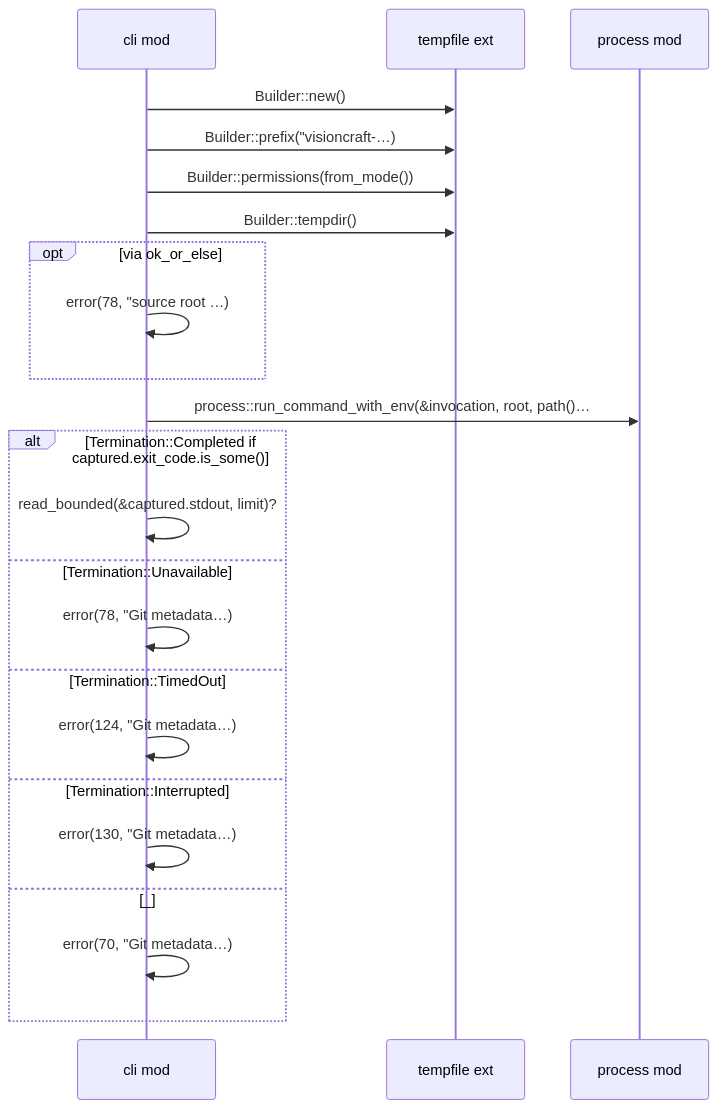
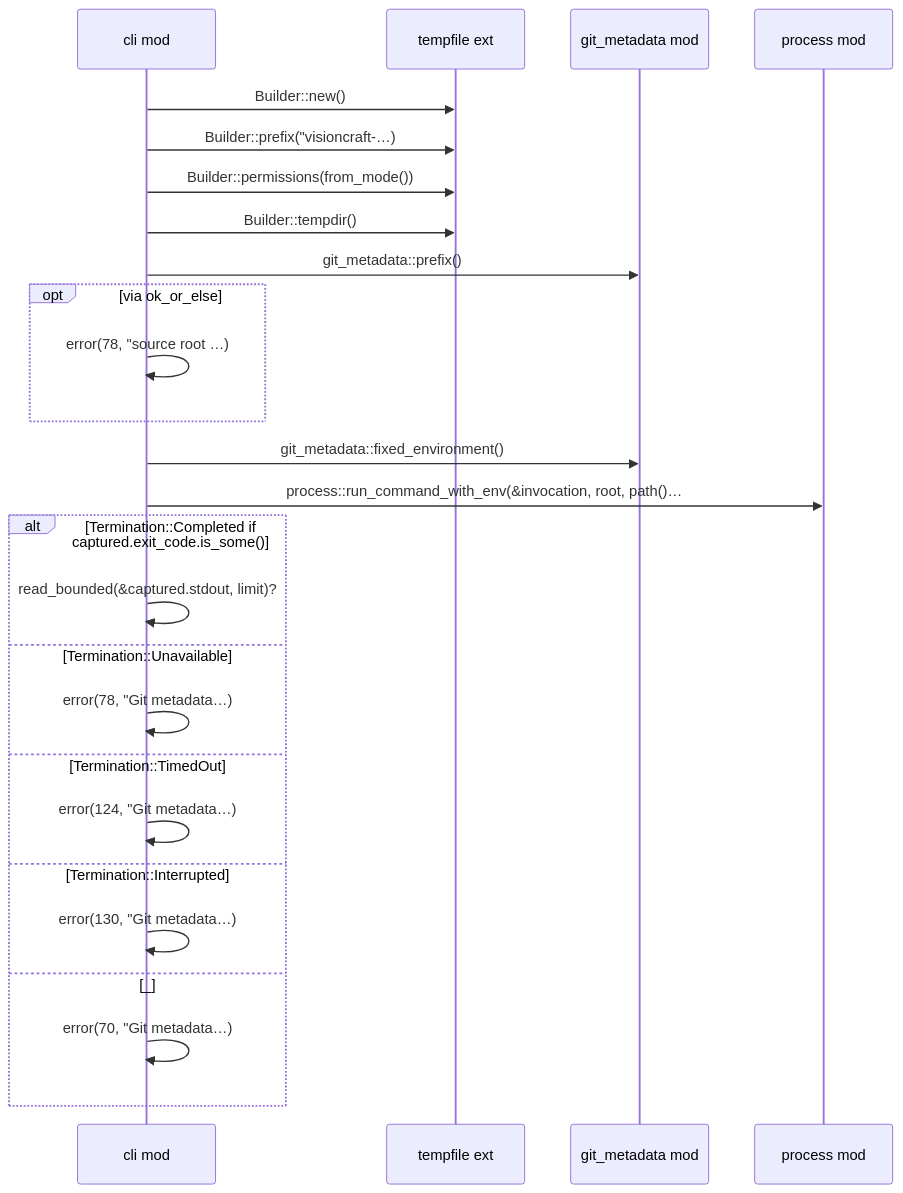
Before and after one commit to DreamLab-AI/visioncraft: the sixth of 17 diagrams in docs/diagrams/generated/src/cli.rs.md, drawn with Mermaid. The commit also changed other lines of this file and 12 other files, not shown here.

Commit message:
Refresh verified ADRs and source-derived diagrams after review repairs

````diff
--- a/docs/diagrams/generated/src/cli.rs.md
+++ b/docs/diagrams/generated/src/cli.rs.md
@@ -125,25 +125,28 @@
 ```mermaid
 sequenceDiagram
   participant visioncraft__cli as cli mod
   participant _tempfile as tempfile ext
+  participant visioncraft__git_metadata as git_metadata mod
   participant visioncraft__process as process mod
   visioncraft__cli->>_tempfile: Builder::new()
   visioncraft__cli->>_tempfile: Builder::prefix(#quot;visioncraft-…)
   visioncraft__cli->>_tempfile: Builder::permissions(from_mode())
   visioncraft__cli->>_tempfile: Builder::tempdir()
+  visioncraft__cli->>visioncraft__git_metadata: git_metadata::prefix()
   opt via ok_or_else
     visioncraft__cli->>visioncraft__cli: error(78, #quot;source root …)
   end
+  visioncraft__cli->>visioncraft__git_metadata: git_metadata::fixed_environment()
   visioncraft__cli->>visioncraft__process: process::run_command_with_env(&invocation, root, path()…
   alt Termination::Completed if captured.exit_code.is_some()
     visioncraft__cli->>visioncraft__cli: read_bounded(&captured.stdout, limit)?
   else Termination::Unavailable
     visioncraft__cli->>visioncraft__cli: error(78, #quot;Git metadata…)
   else Termination::TimedOut
     visioncraft__cli->>visioncraft__cli: error(124, #quot;Git metadata…)
   else Termination::Interrupted
     visioncraft__cli->>visioncraft__cli: error(130, #quot;Git metadata…)
   else _
     visioncraft__cli->>visioncraft__cli: error(70, #quot;Git metadata…)
   end
 ```
````
